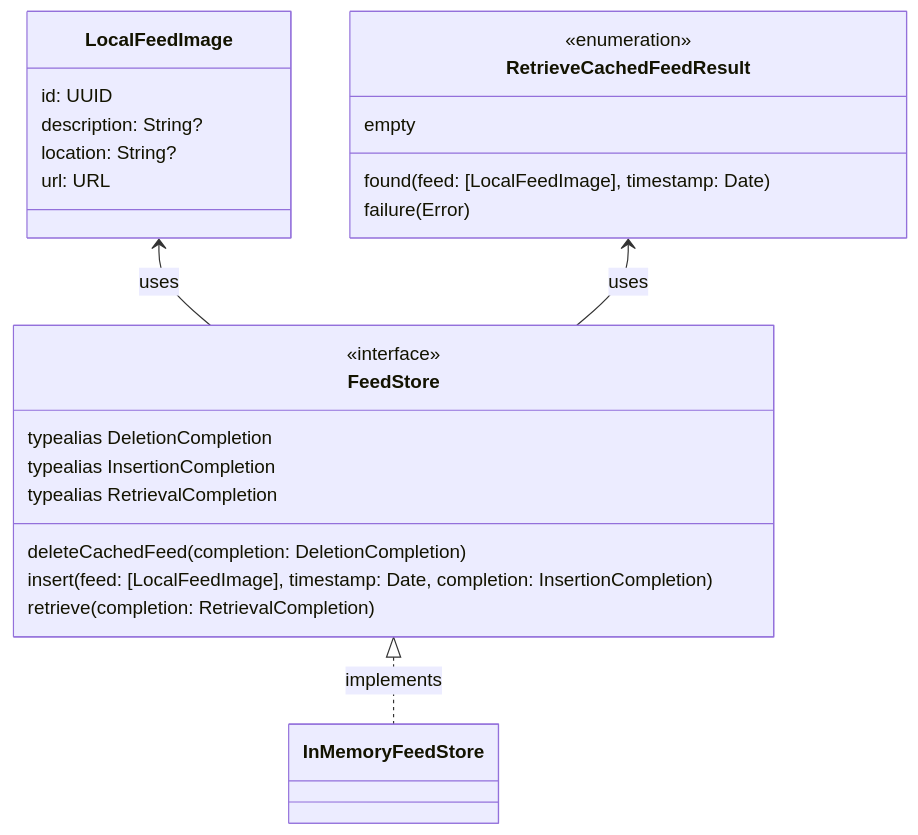
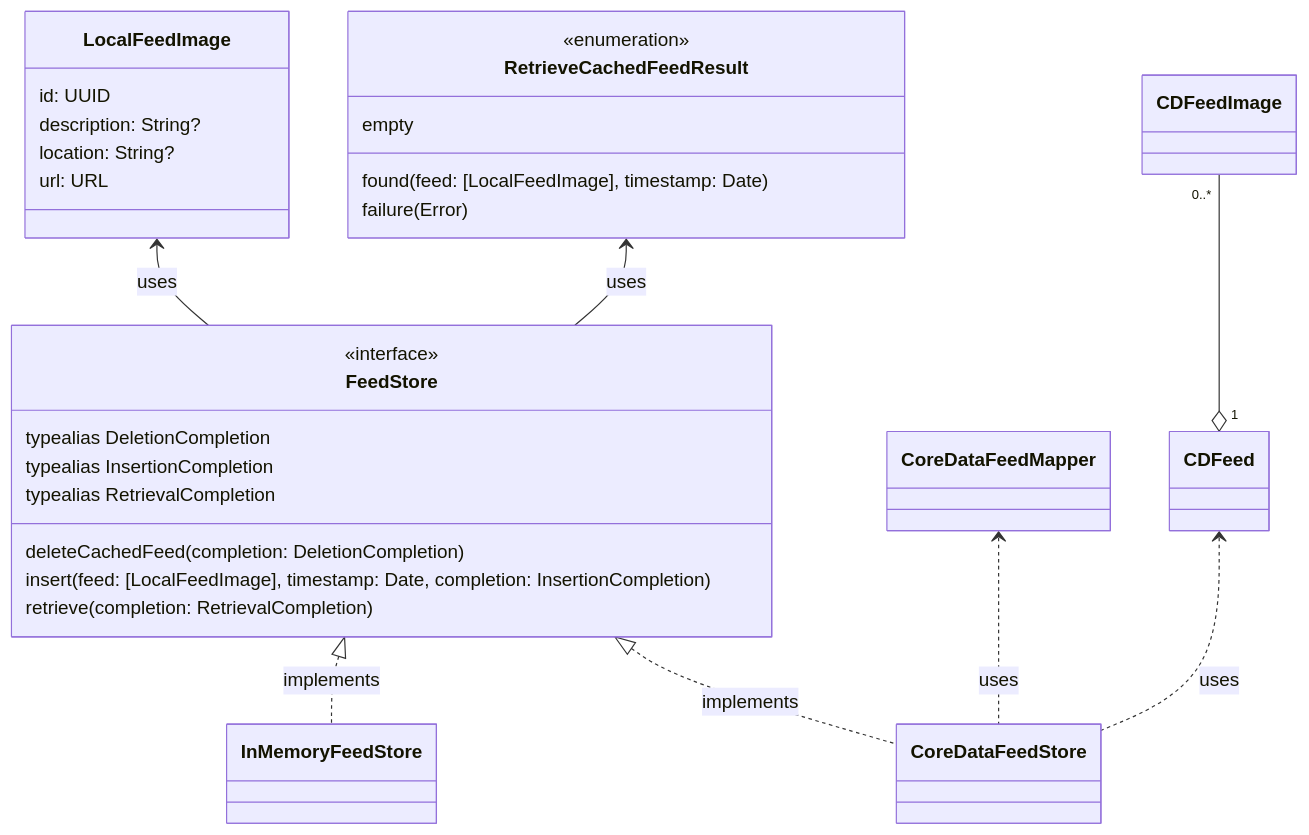
Before and after one commit to bpoplauschi/ios-lead-essentials-feed-store-challenge: the diagram in classDiagram.md, drawn with Mermaid. The commit also changed 1 other file, not shown here.

Commit message:
Updated the Class Diagram with `CoreDateFeedMapper` and its dependencies

````diff
--- a/classDiagram.md
+++ b/classDiagram.md
@@ -1,33 +1,37 @@
 ```mermaid
 classDiagram
 
 class LocalFeedImage {
   id: UUID
 	description: String?
 	location: String?
 	url: URL
 }
 
 class RetrieveCachedFeedResult {
   <<enumeration>>
   empty
 	found(feed: [LocalFeedImage], timestamp: Date)
 	failure(Error)
 }
 
 class FeedStore {
   <<interface>>
   typealias DeletionCompletion
   typealias InsertionCompletion
   typealias RetrievalCompletion
   
   deleteCachedFeed(completion: DeletionCompletion)
   insert(feed: [LocalFeedImage], timestamp: Date, completion: InsertionCompletion)
   retrieve(completion: RetrievalCompletion)
 }
 
 LocalFeedImage <-- FeedStore : uses
 RetrieveCachedFeedResult <-- FeedStore : uses
 FeedStore <|.. InMemoryFeedStore : implements
+FeedStore <|.. CoreDataFeedStore : implements
+CoreDataFeedMapper <.. CoreDataFeedStore : uses
+CDFeed <.. CoreDataFeedStore : uses
+CDFeedImage "0..*" --o "1" CDFeed
 
 ```
````
